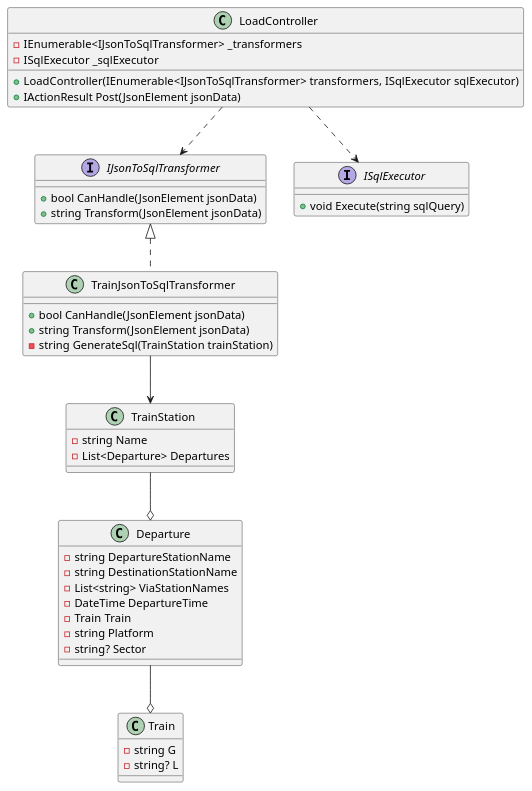
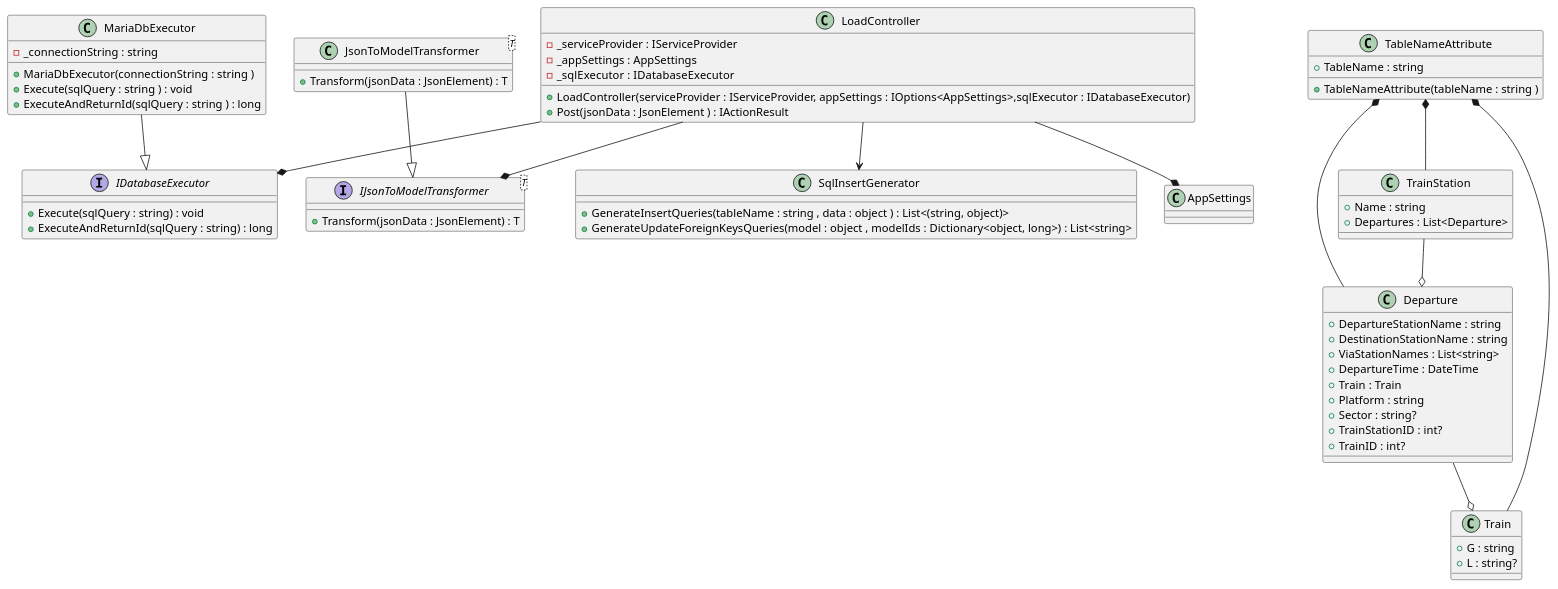
Before and after one commit to CPNV-ES-BI1-SBB/INTERNAL-SOURCE-LOAD: the diagram in docs/Class_Diagramme.puml, drawn with PlantUML.

Commit message:
doc: Update class diagram to reflect new architecture and remove obsolete interfaces

```diff
--- a/docs/Class_Diagramme.puml
+++ b/docs/Class_Diagramme.puml
@@ -1,58 +1,81 @@
 @startuml
 
-interface IJsonToSqlTransformer {
-    + bool CanHandle(JsonElement jsonData)
-    + string Transform(JsonElement jsonData)
-}
+    class LoadController {
+        - _serviceProvider : IServiceProvider 
+        - _appSettings : AppSettings
+        - _sqlExecutor :  IDatabaseExecutor 
+        + LoadController(serviceProvider : IServiceProvider, appSettings : IOptions<AppSettings>,sqlExecutor : IDatabaseExecutor)
+        + Post(jsonData : JsonElement ) : IActionResult
+    }
 
-interface ISqlExecutor {
-    + void Execute(string sqlQuery)
-}
 
-class TrainJsonToSqlTransformer implements IJsonToSqlTransformer {
-    + bool CanHandle(JsonElement jsonData)
-    + string Transform(JsonElement jsonData)
-    - string GenerateSql(TrainStation trainStation)
-}
 
-class TrainStation {
-    - string Name
-    - List<Departure> Departures
-}
+    class Departure {
+        + DepartureStationName : string 
+        + DestinationStationName : string 
+        + ViaStationNames : List<string> 
+        + DepartureTime : DateTime
+        + Train : Train
+        + Platform : string
+        + Sector : string?
+        + TrainStationID : int?
+        + TrainID : int?
+    }
 
-class Departure {
-    - string DepartureStationName
-    - string DestinationStationName
-    - List<string> ViaStationNames
-    - DateTime DepartureTime
-    - Train Train
-    - string Platform
-    - string? Sector
-}
+    class Train {
+        + G : string
+        + L : string?
+    }
 
-class Train {
-    - string G
-    - string? L
-}
+    class TrainStation {
+        + Name : string
+        + Departures : List<Departure>
+    }
 
-' Define LoadController
-class LoadController {
-    - IEnumerable<IJsonToSqlTransformer> _transformers
-    - ISqlExecutor _sqlExecutor
-    + LoadController(IEnumerable<IJsonToSqlTransformer> transformers, ISqlExecutor sqlExecutor)
-    + IActionResult Post(JsonElement jsonData)
-}
+    class TableNameAttribute {
+        + TableName : string
+        + TableNameAttribute(tableName : string )
+    }
 
-' Define relationships
-'B
-TrainJsonToSqlTransformer --> TrainStation 
-'D
-TrainStation --o Departure
-'D
-Departure --o Train
-'C
-LoadController ..> IJsonToSqlTransformer
-'C
-LoadController ..> ISqlExecutor
+
+    interface IDatabaseExecutor {
+        + Execute(sqlQuery : string) : void
+        + ExecuteAndReturnId(sqlQuery : string) : long
+    }
+
+    class MariaDbExecutor {
+        - _connectionString : string
+        + MariaDbExecutor(connectionString : string )
+        + Execute(sqlQuery : string ) : void
+        + ExecuteAndReturnId(sqlQuery : string ) : long
+    }
+
+    interface IJsonToModelTransformer<T> {
+        + Transform(jsonData : JsonElement) : T
+    }
+
+    class JsonToModelTransformer<T> {
+        + Transform(jsonData : JsonElement) : T
+    }
+
+    class SqlInsertGenerator {
+        + GenerateInsertQueries(tableName : string , data : object ) : List<(string, object)> 
+        + GenerateUpdateForeignKeysQueries(model : object , modelIds : Dictionary<object, long>) : List<string>
+    }
+
+    TrainStation --o Departure
+    Departure --o Train
+    MariaDbExecutor --|> IDatabaseExecutor
+    LoadController --* IDatabaseExecutor
+    LoadController --* IJsonToModelTransformer
+    LoadController --* AppSettings
+    LoadController --> SqlInsertGenerator
+    TableNameAttribute *-- Departure
+    TableNameAttribute *-- Train
+    TableNameAttribute *-- TrainStation
+    JsonToModelTransformer --|> IJsonToModelTransformer
+
+    
+
 
 @enduml
```
